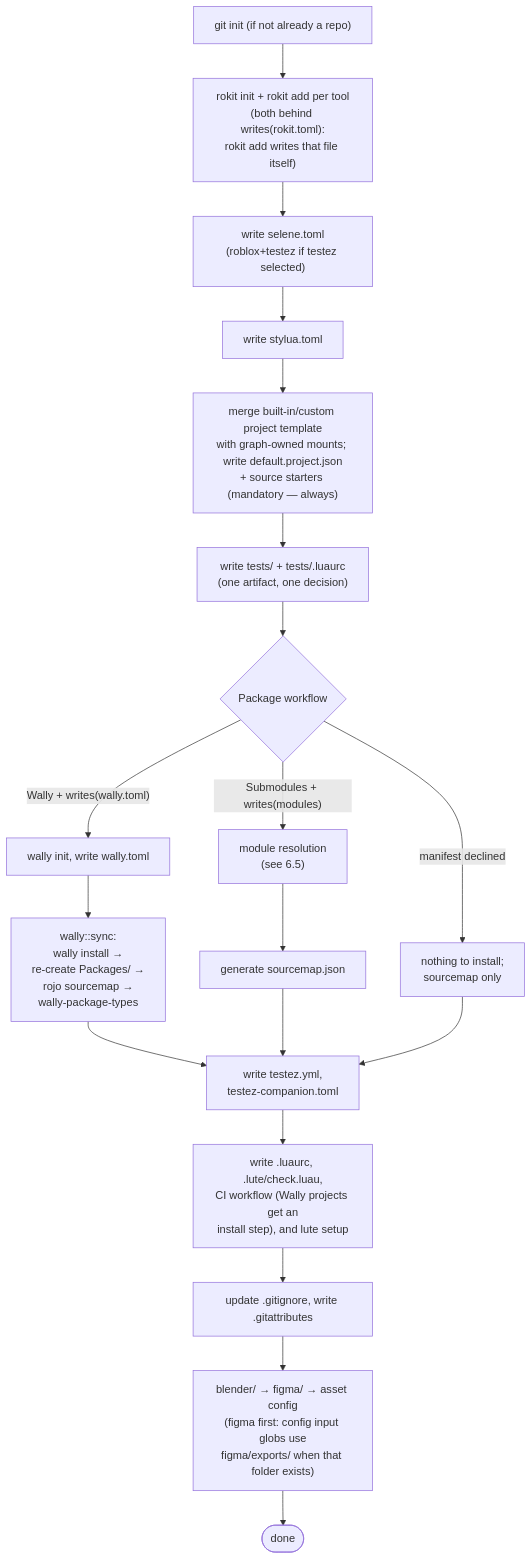
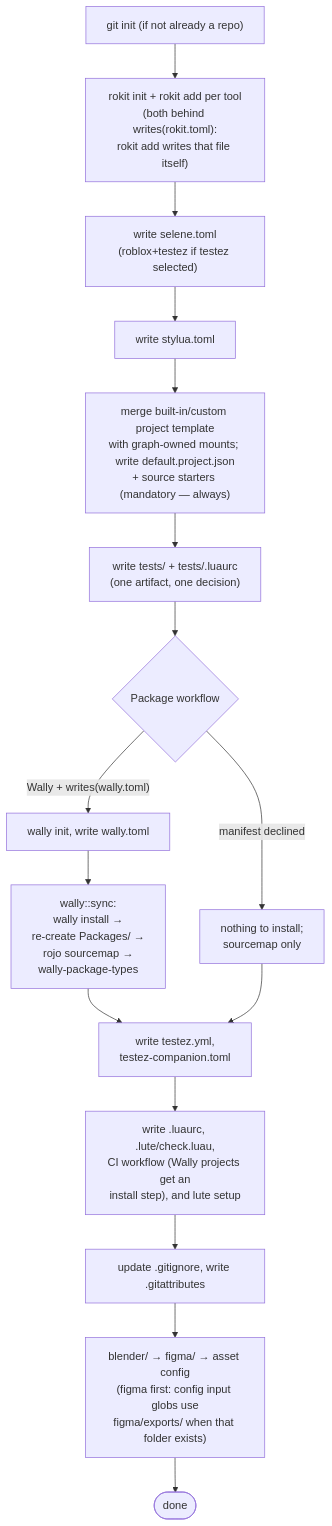
One commit to chatarabdelilah/rproj changed the fourth of 6 diagrams in docs/architecture.md. Above: the diagram before and after it, drawn with Mermaid. The commit also changed other lines of this file and 37 other files, not shown here.

````diff
--- a/docs/architecture.md
+++ b/docs/architecture.md
@@ -627,25 +614,22 @@
 ```mermaid
 flowchart TD
     A["git init (if not already a repo)"] --> B["rokit init + rokit add per tool\n(both behind writes(rokit.toml):\nrokit add writes that file itself)"]
     B --> C["write selene.toml\n(roblox+testez if testez selected)"]
     C --> D[write stylua.toml]
     D --> E["merge built-in/custom project template\nwith graph-owned mounts; write default.project.json\n+ source starters (mandatory — always)"]
     E --> TF["write tests/ + tests/.luaurc\n(one artifact, one decision)"]
     TF --> F{Package workflow}
     F -- "Wally + writes(wally.toml)" --> G["wally init, write wally.toml"]
     G --> H["wally::sync:\nwally install →\nre-create Packages/ →\nrojo sourcemap →\nwally-package-types"]
-    F -- "Submodules + writes(modules)" --> I["module resolution\n(see 6.5)"]
-    I --> J["generate sourcemap.json"]
     F -- "manifest declined" --> K["nothing to install;\nsourcemap only"]
     H --> TW
-    J --> TW
     K --> TW["write testez.yml,\ntestez-companion.toml"]
     TW --> QG["write .luaurc, .lute/check.luau,
 CI workflow (Wally projects get an
 install step), and lute setup"]
     QG --> O["update .gitignore, write .gitattributes"]
     O --> Q["blender/ → figma/ → asset config
 (figma first: config input globs use
 figma/exports/ when that folder exists)"]
     Q --> R(["done"])
 ```
````
